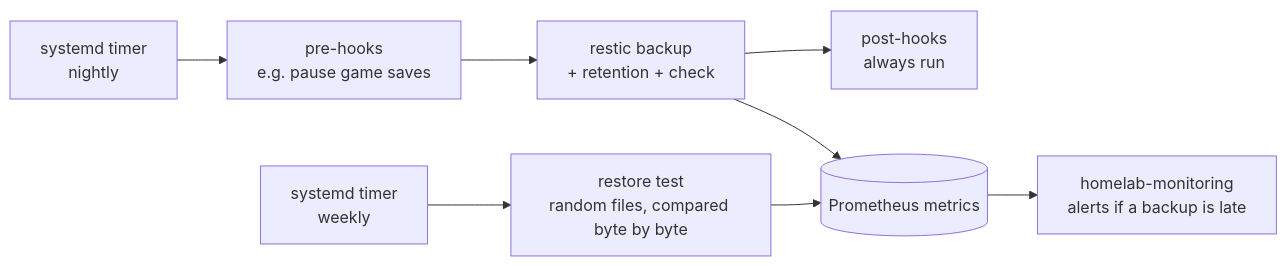
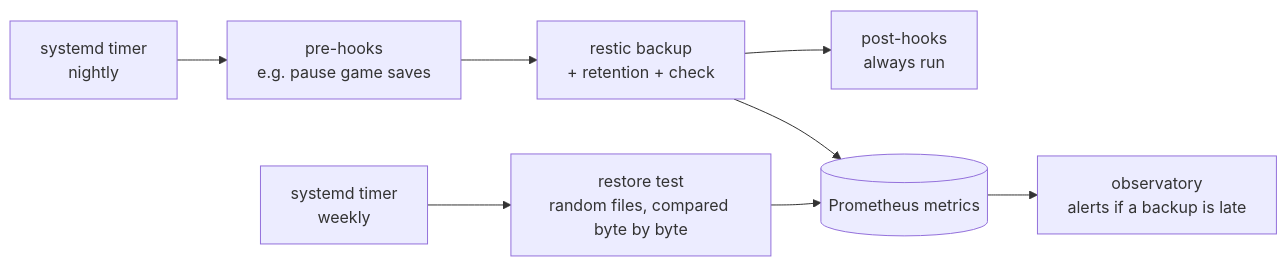
The diagram in README.md (antony-bdc/safekeep), drawn with Mermaid before and after one commit. The commit also changed other lines of this file and 10 other files, not shown here.

````diff
--- a/README.md
+++ b/README.md
@@ -6,10 +6,10 @@
 ```mermaid
 flowchart LR
     T[systemd timer<br/>nightly] --> PRE[pre-hooks<br/>e.g. pause game saves]
     PRE --> B[restic backup<br/>+ retention + check]
     B --> POST[post-hooks<br/>always run]
     B --> M[(Prometheus metrics)]
     W[systemd timer<br/>weekly] --> R[restore test<br/>random files, compared byte by byte]
     R --> M
-    M --> A[homelab-monitoring<br/>alerts if a backup is late]
+    M --> A[observatory<br/>alerts if a backup is late]
 ```
````
